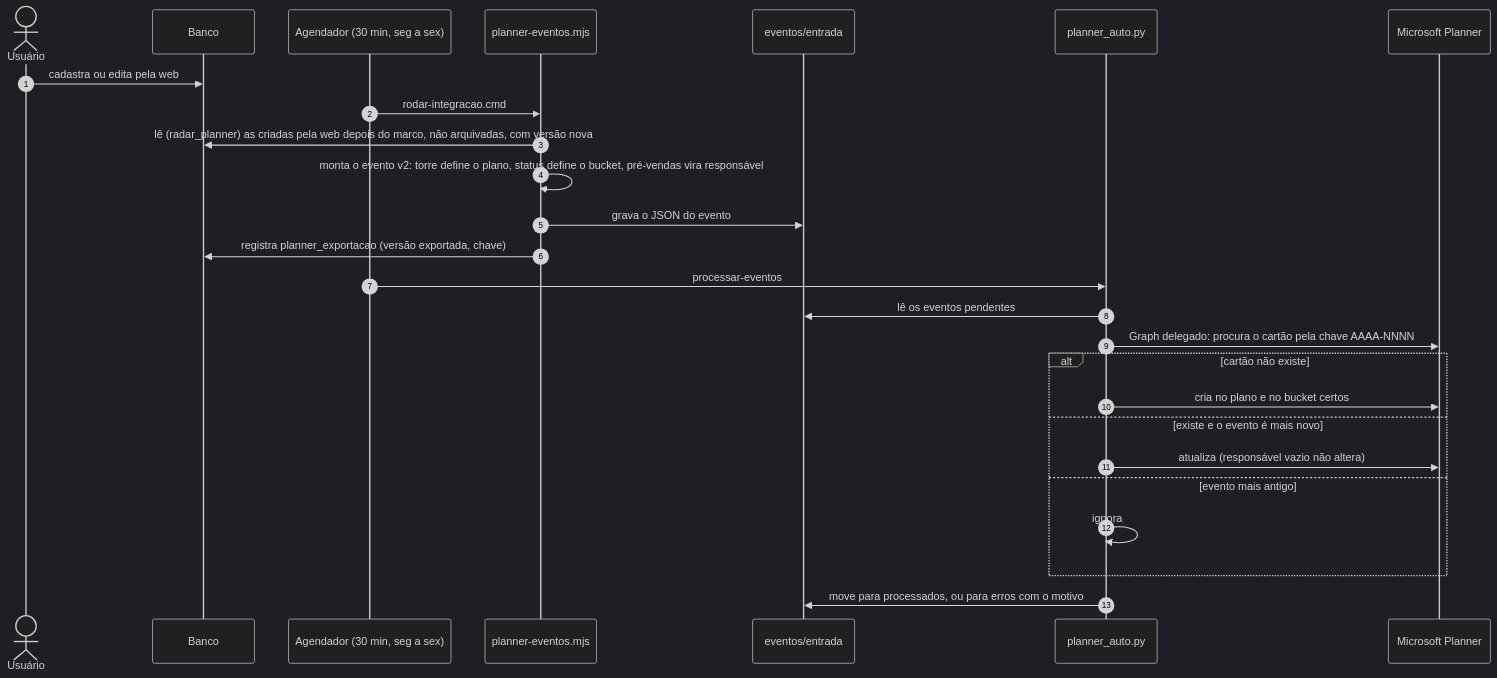
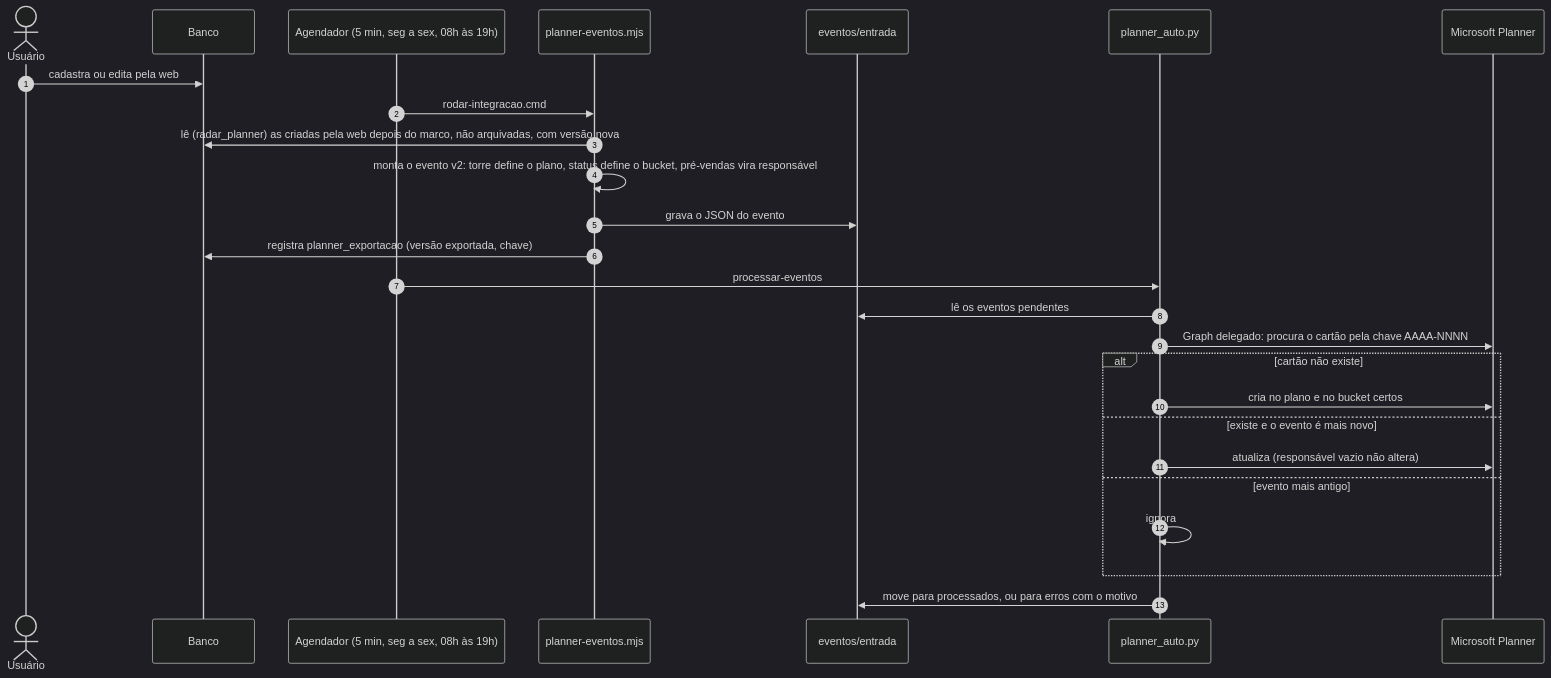
One commit to agentanalisedegoverno-svg/dashboard-metrics-team changed diagram 15 of 22 in docs/DIAGRAMAS.md. Above: the diagram before and after it, drawn with Mermaid (dark theme). The commit also changed other lines of this file and 15 other files, not shown here.

````diff
--- a/docs/DIAGRAMAS.md
+++ b/docs/DIAGRAMAS.md
@@ -582,29 +584,29 @@
 ```mermaid
 sequenceDiagram
   autonumber
   actor U as Usuário
   participant DB as Banco
-  participant AG as Agendador (30 min, seg a sex)
+  participant AG as Agendador (5 min, seg a sex, 08h às 19h)
   participant EX as planner-eventos.mjs
   participant FS as eventos/entrada
   participant PA as planner_auto.py
   participant PL as Microsoft Planner
 
   U->>DB: cadastra ou edita pela web
   AG->>EX: rodar-integracao.cmd
   EX->>DB: lê (radar_planner) as criadas pela web depois do marco, não arquivadas, com versão nova
   EX->>EX: monta o evento v2: torre define o plano, status define o bucket, pré-vendas vira responsável
   EX->>FS: grava o JSON do evento
   EX->>DB: registra planner_exportacao (versão exportada, chave)
   AG->>PA: processar-eventos
   PA->>FS: lê os eventos pendentes
   PA->>PL: Graph delegado: procura o cartão pela chave AAAA-NNNN
   alt cartão não existe
     PA->>PL: cria no plano e no bucket certos
   else existe e o evento é mais novo
     PA->>PL: atualiza (responsável vazio não altera)
   else evento mais antigo
     PA->>PA: ignora
   end
   PA->>FS: move para processados, ou para erros com o motivo
 ```
````
